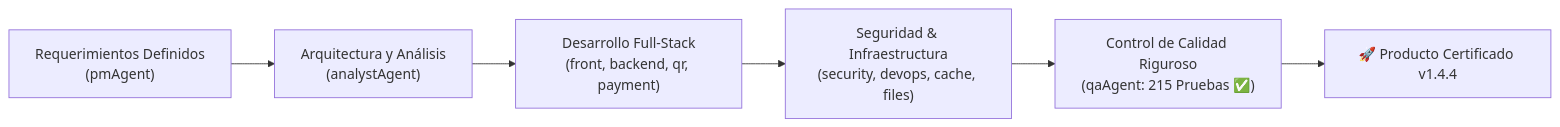
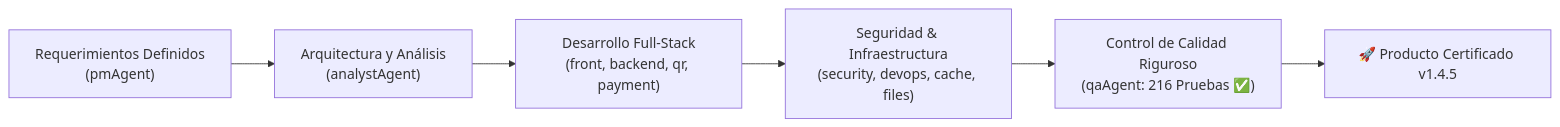
The diagram in PROJECT_STATUS_QRGENERATOR.md (paolapaz202504/QRgenerator), drawn with Mermaid before and after one commit. The commit also changed other lines of this file and 15 other files, not shown here.

````diff
--- a/PROJECT_STATUS_QRGENERATOR.md
+++ b/PROJECT_STATUS_QRGENERATOR.md
@@ -12,8 +12,8 @@
 ```mermaid
 flowchart LR
     A["Requerimientos Definidos\n(pmAgent)"] --> B["Arquitectura y Análisis\n(analystAgent)"]
     B --> C["Desarrollo Full-Stack\n(front, backend, qr, payment)"]
     C --> D["Seguridad & Infraestructura\n(security, devops, cache, files)"]
-    D --> E["Control de Calidad Riguroso\n(qaAgent: 215 Pruebas ✅)"]
-    E --> F["🚀 Producto Certificado v1.4.4"]
+    D --> E["Control de Calidad Riguroso\n(qaAgent: 216 Pruebas ✅)"]
+    E --> F["🚀 Producto Certificado v1.4.5"]
 ```
````
